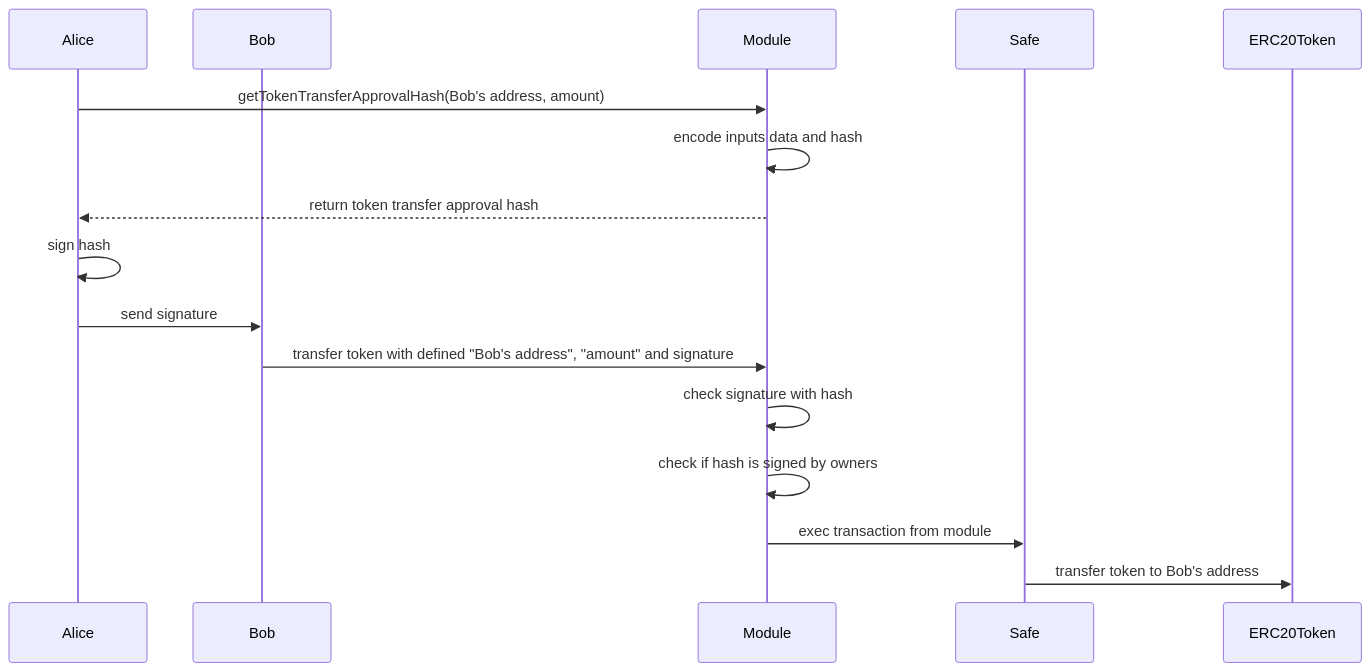
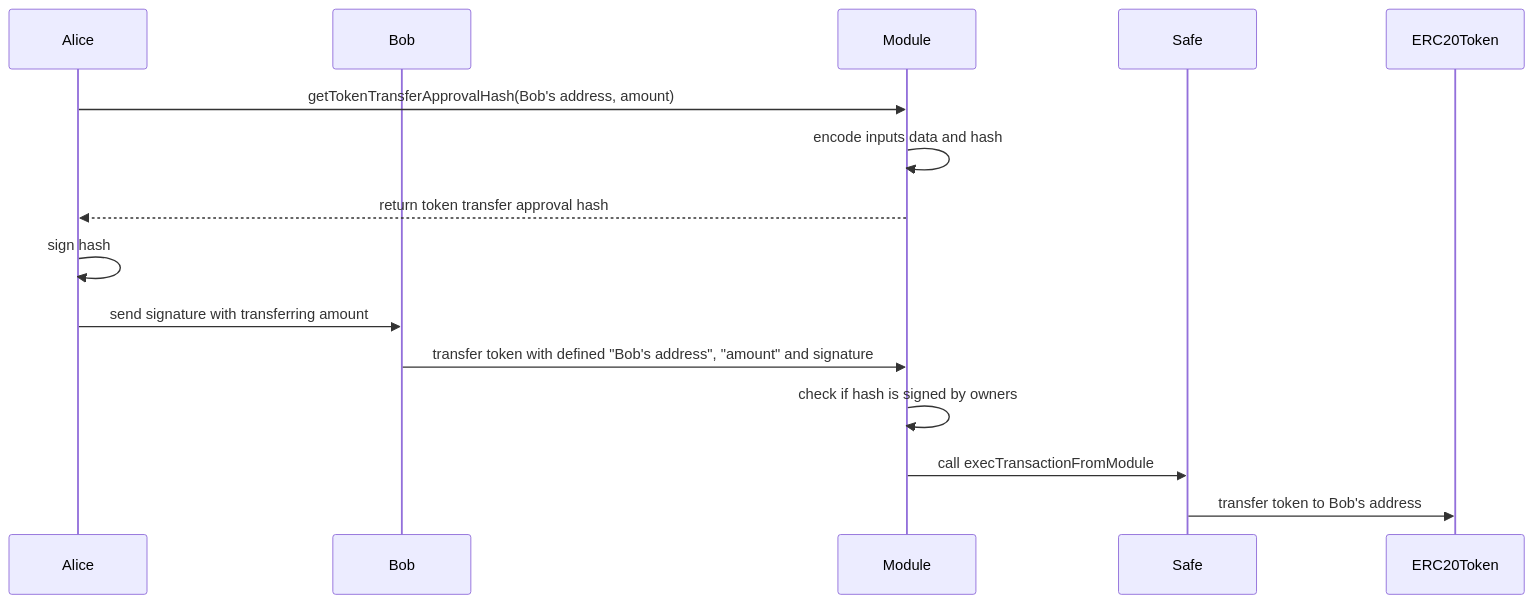
The diagram in README.md (aisuzuki/module-test), drawn with Mermaid before and after one commit. The commit also changed other lines of this file, not shown here.

Commit message:
sanitise doc

````diff
--- a/README.md
+++ b/README.md
@@ -26,20 +26,19 @@
 ```mermaid
 sequenceDiagram
     participant Alice
     participant Relay as Bob
     participant Module
     participant Safe
     participant ERC20Token
 
     Alice->>Module: getTokenTransferApprovalHash(Bob's address, amount)
     Module->>Module: encode inputs data and hash
     Module-->>Alice: return token transfer approval hash
     Alice->>Alice: sign hash
-    Alice->>Relay: send signature
+    Alice->>Relay: send signature with transferring amount
     Relay->>Module: transfer token with defined "Bob's address", "amount" and signature
-    Module->>Module: check signature with hash
     Module->>Module: check if hash is signed by owners
-    Module->>Safe: exec transaction from module
+    Module->>Safe: call execTransactionFromModule
     Safe->>ERC20Token: transfer token to Bob's address
 
 ```
````
